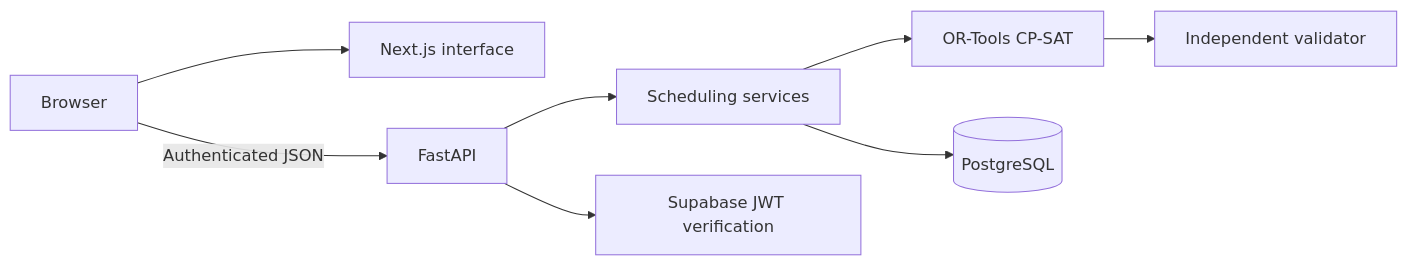
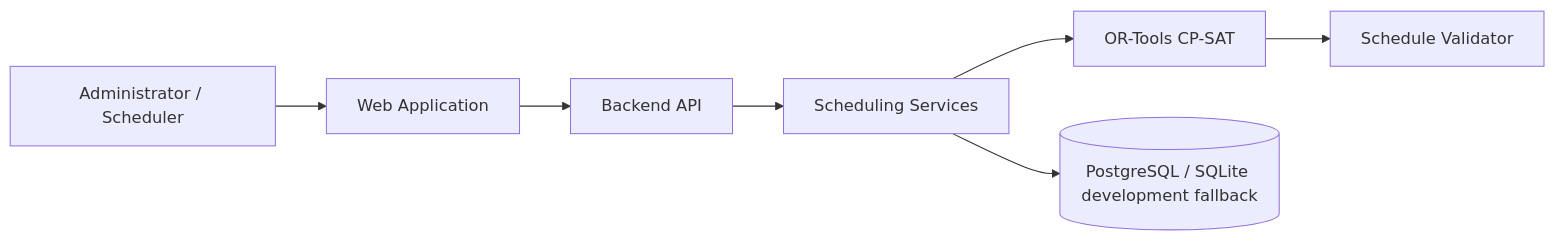
Before and after one commit to kauntiaakash2/ReSlot: the diagram in README.md, drawn with Mermaid. The commit also changed other lines of this file, not shown here.

Commit message:
docs: polish Web-A-Thon Round 1 submission

````diff
--- a/README.md
+++ b/README.md
@@ -48,10 +45,9 @@
 ```mermaid
 flowchart LR
-  Browser --> Next[Next.js interface]
-  Browser -->|Authenticated JSON| API[FastAPI]
-  API --> Services[Scheduling services]
-  Services --> Solver[OR-Tools CP-SAT]
-  Solver --> Validator[Independent validator]
-  Services --> DB[(PostgreSQL)]
-  API --> Auth[Supabase JWT verification]
+    User[Administrator / Scheduler] --> Web[Web Application]
+    Web --> API[Backend API]
+    API --> Services[Scheduling Services]
+    Services --> Solver[OR-Tools CP-SAT]
+    Solver --> Validator[Schedule Validator]
+    Services --> DB[(PostgreSQL / SQLite development fallback)]
 ```
````
